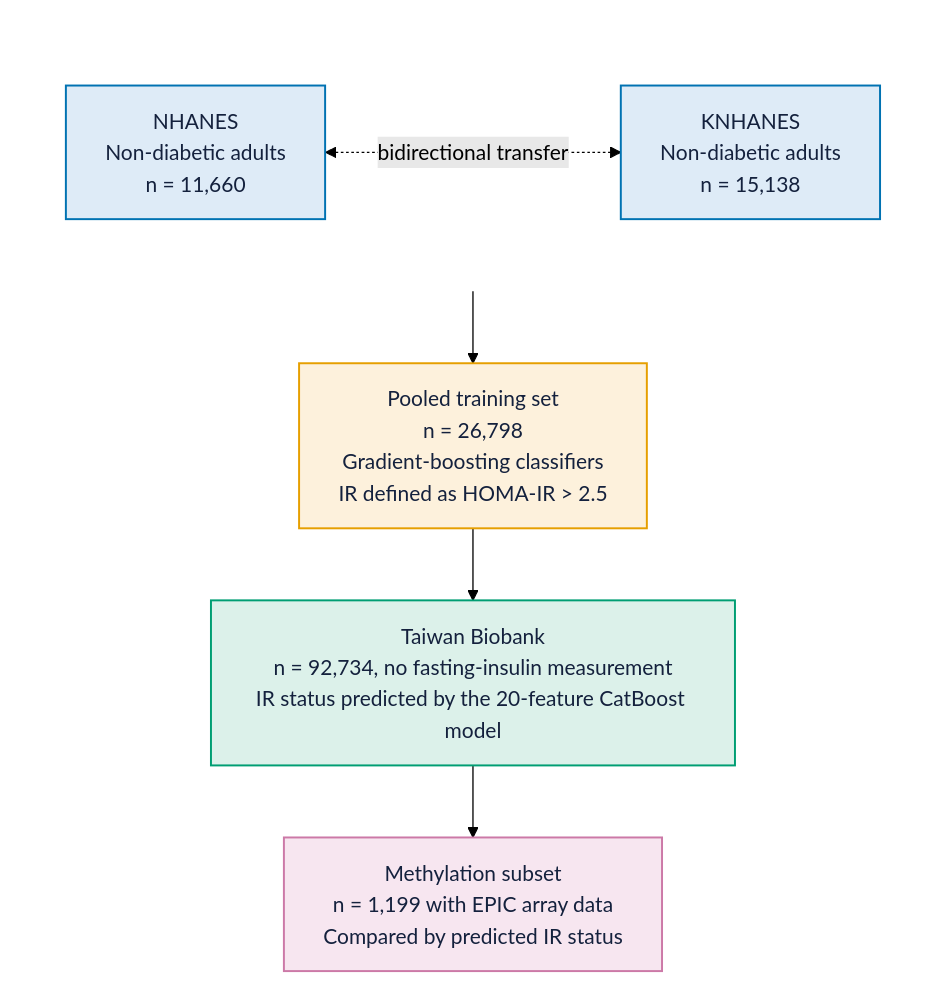
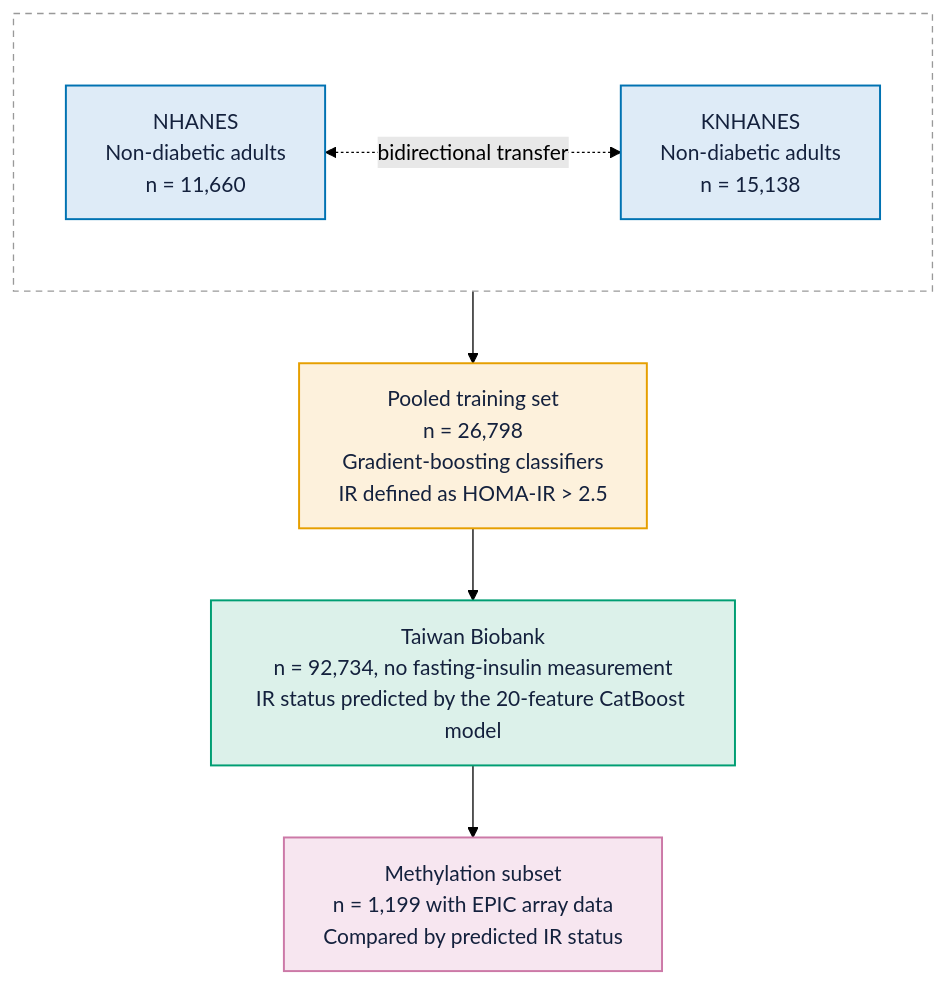
The diagram in README.md (changlabtw/CrossIR), drawn with Mermaid (forest theme) before and after one commit. The commit also changed other lines of this file and 5 other files, not shown here.

````diff
--- a/README.md
+++ b/README.md
@@ -24,28 +24,28 @@
 ```mermaid
 %%{init: {'flowchart': {'nodeSpacing': 90, 'rankSpacing': 55, 'wrappingWidth': 340}}}%%
 flowchart TB
     subgraph COHORTS[" "]
         direction LR
         NHANES["NHANES<br/>Non-diabetic adults<br/>n = 11,660"]
         KNHANES["KNHANES<br/>Non-diabetic adults<br/>n = 15,138"]
         NHANES <-.->|bidirectional transfer| KNHANES
     end
     POOLED["Pooled training set<br/>n = 26,798<br/>Gradient-boosting classifiers<br/>IR defined as HOMA-IR &gt; 2.5"]
     TWB["Taiwan Biobank<br/>n = 92,734, no fasting-insulin measurement<br/>IR status predicted by the 20-feature CatBoost model"]
     MET["Methylation subset<br/>n = 1,199 with EPIC array data<br/>Compared by predicted IR status"]
 
     COHORTS --> POOLED
     POOLED --> TWB
     TWB --> MET
 
     classDef cohort fill:#DEEBF7,stroke:#0072B2,stroke-width:1.5px,color:#14213D
     classDef pooled fill:#FDF1DC,stroke:#E69F00,stroke-width:1.5px,color:#14213D
     classDef external fill:#DCF1EA,stroke:#009E73,stroke-width:1.5px,color:#14213D
     classDef omics fill:#F7E6F0,stroke:#CC79A7,stroke-width:1.5px,color:#14213D
 
     class NHANES,KNHANES cohort
     class POOLED pooled
     class TWB external
     class MET omics
-    style COHORTS fill:none,stroke:none
+    style COHORTS fill:none,stroke:#999999,stroke-width:1px,stroke-dasharray: 5 4
 ```
````
